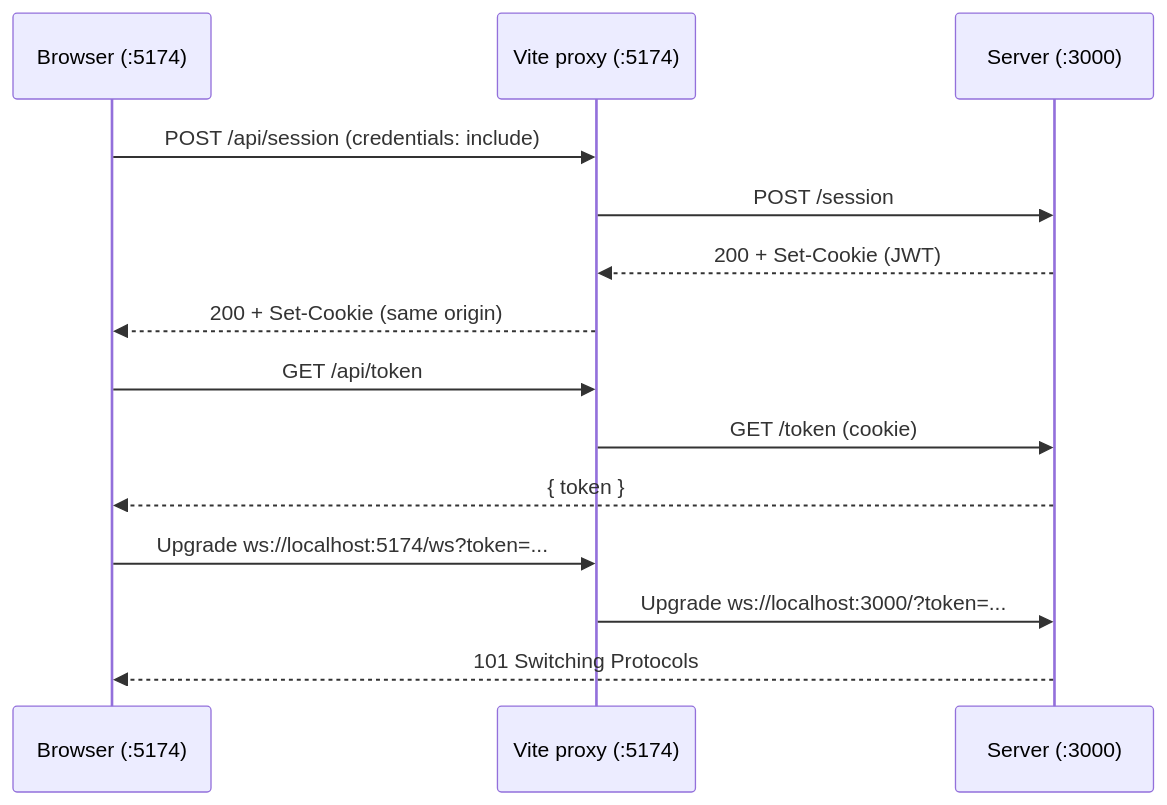
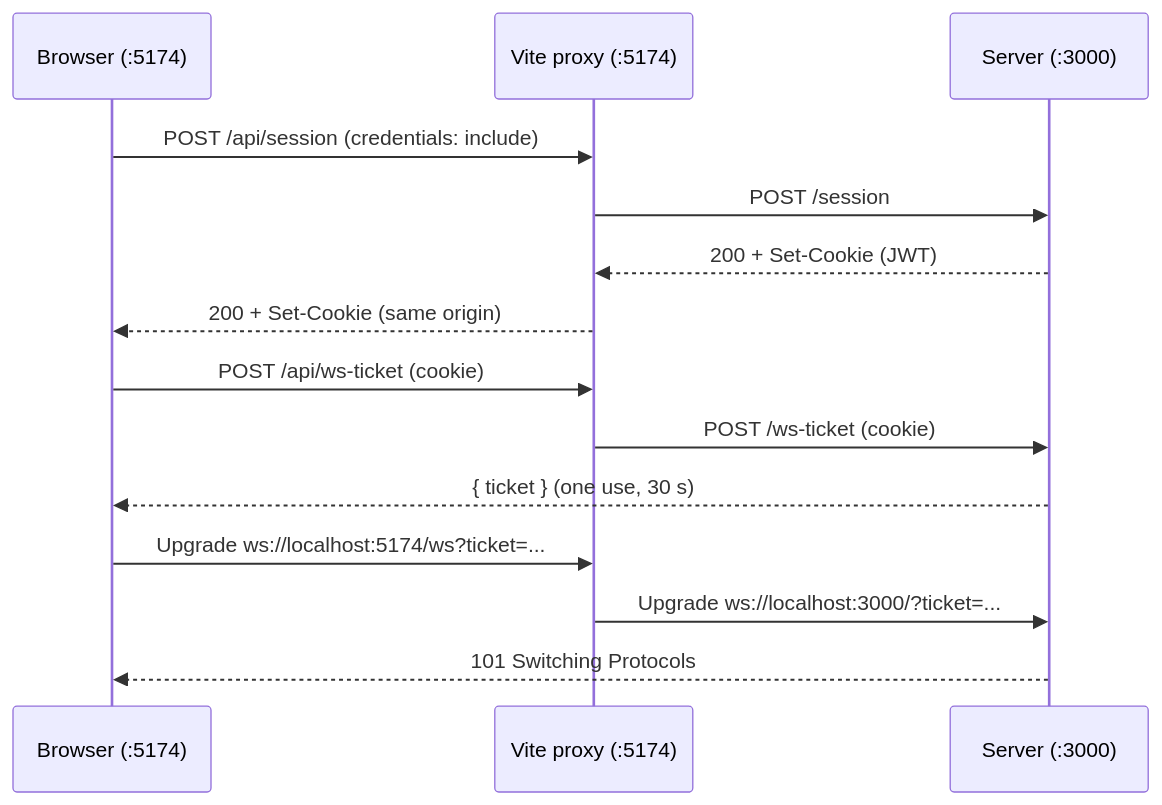
The second of 2 diagrams in docs/dev-networking.md (neves-nvs/santorini), drawn with Mermaid before and after one commit. The commit also changed other lines of this file and 14 other files, not shown here.

First line of the commit message:
fix: authenticate the browser WebSocket with a one-time ticket (#114)

````diff
--- a/docs/dev-networking.md
+++ b/docs/dev-networking.md
@@ -33,19 +33,19 @@
 ```mermaid
 sequenceDiagram
     participant B as Browser (:5174)
     participant V as Vite proxy (:5174)
     participant S as Server (:3000)
 
     B->>V: POST /api/session (credentials: include)
     V->>S: POST /session
     S-->>V: 200 + Set-Cookie (JWT)
     V-->>B: 200 + Set-Cookie (same origin)
 
-    B->>V: GET /api/token
-    V->>S: GET /token (cookie)
-    S-->>B: { token }
+    B->>V: POST /api/ws-ticket (cookie)
+    V->>S: POST /ws-ticket (cookie)
+    S-->>B: { ticket } (one use, 30 s)
 
-    B->>V: Upgrade ws://localhost:5174/ws?token=...
-    V->>S: Upgrade ws://localhost:3000/?token=...
+    B->>V: Upgrade ws://localhost:5174/ws?ticket=...
+    V->>S: Upgrade ws://localhost:3000/?ticket=...
     S-->>B: 101 Switching Protocols
 ```
````
